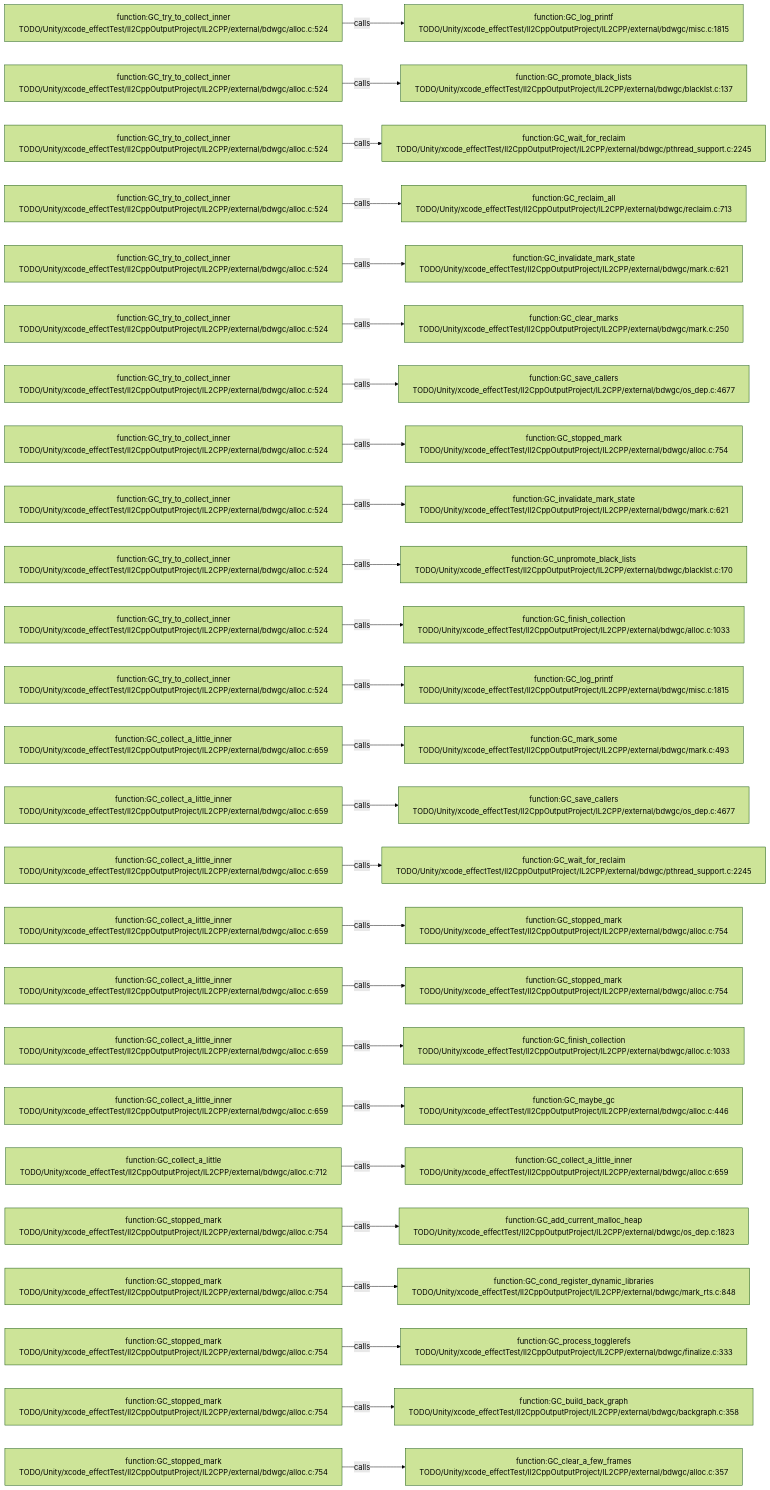
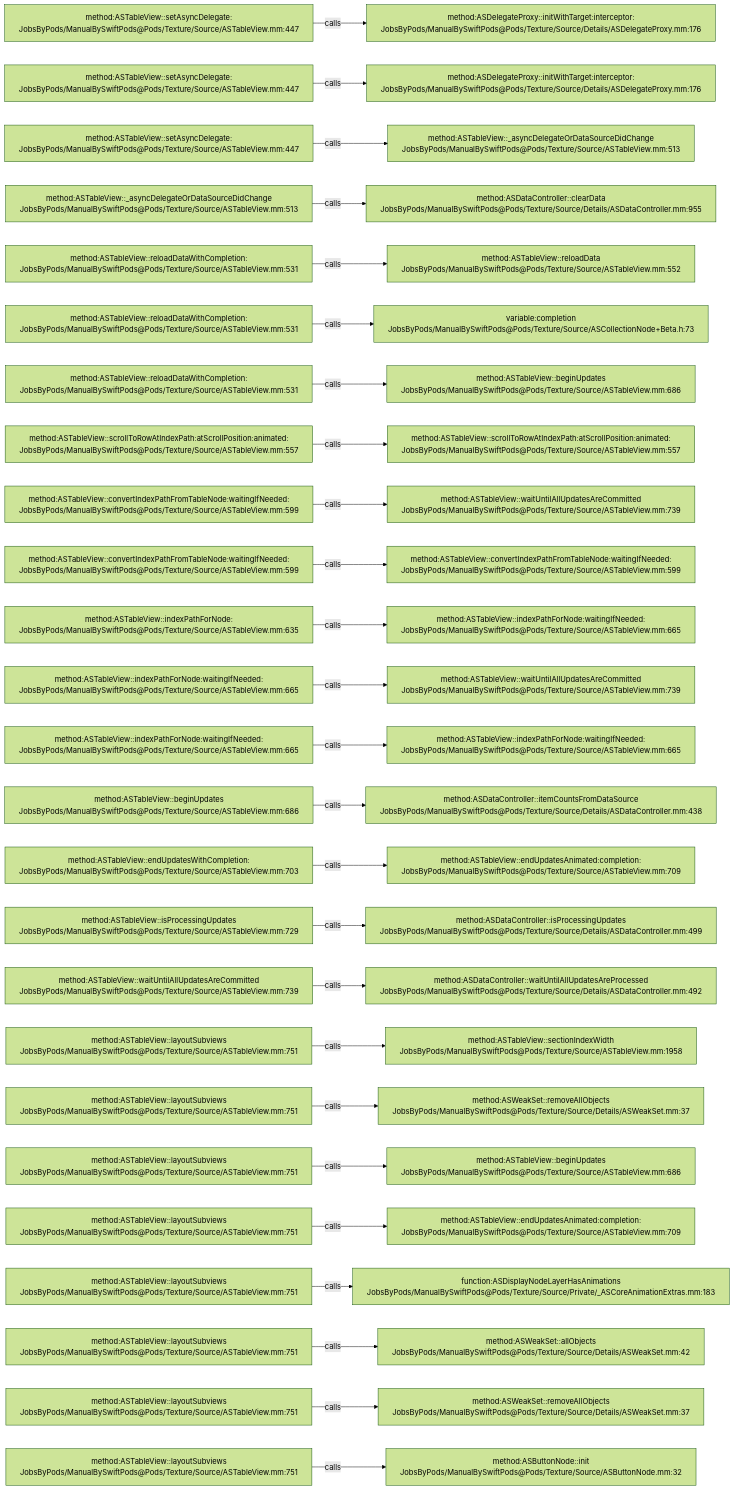
One commit to JobsKits/JobsSwiftBaseConfigDemo changed the diagram in .codegraph/codegraph.md/graphs/calls-078.md. Above: the diagram before and after it, drawn with Mermaid (forest theme). The commit also changed 2959 other files, not shown here.

````diff
--- a/.codegraph/codegraph.md/graphs/calls-078.md
+++ b/.codegraph/codegraph.md/graphs/calls-078.md
@@ -13,78 +13,78 @@
 ```mermaid
 flowchart LR
-  S1["function:GC_try_to_collect_inner<br/>TODO/Unity/xcode_effectTest/Il2CppOutputProject/IL2CPP/external/bdwgc/alloc.c:524"]
-  T1["function:GC_log_printf<br/>TODO/Unity/xcode_effectTest/Il2CppOutputProject/IL2CPP/external/bdwgc/misc.c:1815"]
+  S1["method:ASTableView::setAsyncDelegate:<br/>JobsByPods/ManualBySwiftPods@Pods/Texture/Source/ASTableView.mm:447"]
+  T1["method:ASDelegateProxy::initWithTarget:interceptor:<br/>JobsByPods/ManualBySwiftPods@Pods/Texture/Source/Details/ASDelegateProxy.mm:176"]
   S1 -->|calls| T1
-  S2["function:GC_try_to_collect_inner<br/>TODO/Unity/xcode_effectTest/Il2CppOutputProject/IL2CPP/external/bdwgc/alloc.c:524"]
-  T2["function:GC_promote_black_lists<br/>TODO/Unity/xcode_effectTest/Il2CppOutputProject/IL2CPP/external/bdwgc/blacklst.c:137"]
+  S2["method:ASTableView::setAsyncDelegate:<br/>JobsByPods/ManualBySwiftPods@Pods/Texture/Source/ASTableView.mm:447"]
+  T2["method:ASDelegateProxy::initWithTarget:interceptor:<br/>JobsByPods/ManualBySwiftPods@Pods/Texture/Source/Details/ASDelegateProxy.mm:176"]
   S2 -->|calls| T2
-  S3["function:GC_try_to_collect_inner<br/>TODO/Unity/xcode_effectTest/Il2CppOutputProject/IL2CPP/external/bdwgc/alloc.c:524"]
-  T3["function:GC_wait_for_reclaim<br/>TODO/Unity/xcode_effectTest/Il2CppOutputProject/IL2CPP/external/bdwgc/pthread_support.c:2245"]
+  S3["method:ASTableView::setAsyncDelegate:<br/>JobsByPods/ManualBySwiftPods@Pods/Texture/Source/ASTableView.mm:447"]
+  T3["method:ASTableView::_asyncDelegateOrDataSourceDidChange<br/>JobsByPods/ManualBySwiftPods@Pods/Texture/Source/ASTableView.mm:513"]
   S3 -->|calls| T3
-  S4["function:GC_try_to_collect_inner<br/>TODO/Unity/xcode_effectTest/Il2CppOutputProject/IL2CPP/external/bdwgc/alloc.c:524"]
-  T4["function:GC_reclaim_all<br/>TODO/Unity/xcode_effectTest/Il2CppOutputProject/IL2CPP/external/bdwgc/reclaim.c:713"]
+  S4["method:ASTableView::_asyncDelegateOrDataSourceDidChange<br/>JobsByPods/ManualBySwiftPods@Pods/Texture/Source/ASTableView.mm:513"]
+  T4["method:ASDataController::clearData<br/>JobsByPods/ManualBySwiftPods@Pods/Texture/Source/Details/ASDataController.mm:955"]
   S4 -->|calls| T4
-  S5["function:GC_try_to_collect_inner<br/>TODO/Unity/xcode_effectTest/Il2CppOutputProject/IL2CPP/external/bdwgc/alloc.c:524"]
-  T5["function:GC_invalidate_mark_state<br/>TODO/Unity/xcode_effectTest/Il2CppOutputProject/IL2CPP/external/bdwgc/mark.c:621"]
+  S5["method:ASTableView::reloadDataWithCompletion:<br/>JobsByPods/ManualBySwiftPods@Pods/Texture/Source/ASTableView.mm:531"]
+  T5["method:ASTableView::reloadData<br/>JobsByPods/ManualBySwiftPods@Pods/Texture/Source/ASTableView.mm:552"]
   S5 -->|calls| T5
-  S6["function:GC_try_to_collect_inner<br/>TODO/Unity/xcode_effectTest/Il2CppOutputProject/IL2CPP/external/bdwgc/alloc.c:524"]
-  T6["function:GC_clear_marks<br/>TODO/Unity/xcode_effectTest/Il2CppOutputProject/IL2CPP/external/bdwgc/mark.c:250"]
+  S6["method:ASTableView::reloadDataWithCompletion:<br/>JobsByPods/ManualBySwiftPods@Pods/Texture/Source/ASTableView.mm:531"]
+  T6["variable:completion<br/>JobsByPods/ManualBySwiftPods@Pods/Texture/Source/ASCollectionNode+Beta.h:73"]
   S6 -->|calls| T6
-  S7["function:GC_try_to_collect_inner<br/>TODO/Unity/xcode_effectTest/Il2CppOutputProject/IL2CPP/external/bdwgc/alloc.c:524"]
-  T7["function:GC_save_callers<br/>TODO/Unity/xcode_effectTest/Il2CppOutputProject/IL2CPP/external/bdwgc/os_dep.c:4677"]
+  S7["method:ASTableView::reloadDataWithCompletion:<br/>JobsByPods/ManualBySwiftPods@Pods/Texture/Source/ASTableView.mm:531"]
+  T7["method:ASTableView::beginUpdates<br/>JobsByPods/ManualBySwiftPods@Pods/Texture/Source/ASTableView.mm:686"]
   S7 -->|calls| T7
-  S8["function:GC_try_to_collect_inner<br/>TODO/Unity/xcode_effectTest/Il2CppOutputProject/IL2CPP/external/bdwgc/alloc.c:524"]
-  T8["function:GC_stopped_mark<br/>TODO/Unity/xcode_effectTest/Il2CppOutputProject/IL2CPP/external/bdwgc/alloc.c:754"]
+  S8["method:ASTableView::scrollToRowAtIndexPath:atScrollPosition:animated:<br/>JobsByPods/ManualBySwiftPods@Pods/Texture/Source/ASTableView.mm:557"]
+  T8["method:ASTableView::scrollToRowAtIndexPath:atScrollPosition:animated:<br/>JobsByPods/ManualBySwiftPods@Pods/Texture/Source/ASTableView.mm:557"]
   S8 -->|calls| T8
-  S9["function:GC_try_to_collect_inner<br/>TODO/Unity/xcode_effectTest/Il2CppOutputProject/IL2CPP/external/bdwgc/alloc.c:524"]
-  T9["function:GC_invalidate_mark_state<br/>TODO/Unity/xcode_effectTest/Il2CppOutputProject/IL2CPP/external/bdwgc/mark.c:621"]
+  S9["method:ASTableView::convertIndexPathFromTableNode:waitingIfNeeded:<br/>JobsByPods/ManualBySwiftPods@Pods/Texture/Source/ASTableView.mm:599"]
+  T9["method:ASTableView::waitUntilAllUpdatesAreCommitted<br/>JobsByPods/ManualBySwiftPods@Pods/Texture/Source/ASTableView.mm:739"]
   S9 -->|calls| T9
-  S10["function:GC_try_to_collect_inner<br/>TODO/Unity/xcode_effectTest/Il2CppOutputProject/IL2CPP/external/bdwgc/alloc.c:524"]
-  T10["function:GC_unpromote_black_lists<br/>TODO/Unity/xcode_effectTest/Il2CppOutputProject/IL2CPP/external/bdwgc/blacklst.c:170"]
+  S10["method:ASTableView::convertIndexPathFromTableNode:waitingIfNeeded:<br/>JobsByPods/ManualBySwiftPods@Pods/Texture/Source/ASTableView.mm:599"]
+  T10["method:ASTableView::convertIndexPathFromTableNode:waitingIfNeeded:<br/>JobsByPods/ManualBySwiftPods@Pods/Texture/Source/ASTableView.mm:599"]
   S10 -->|calls| T10
-  S11["function:GC_try_to_collect_inner<br/>TODO/Unity/xcode_effectTest/Il2CppOutputProject/IL2CPP/external/bdwgc/alloc.c:524"]
-  T11["function:GC_finish_collection<br/>TODO/Unity/xcode_effectTest/Il2CppOutputProject/IL2CPP/external/bdwgc/alloc.c:1033"]
+  S11["method:ASTableView::indexPathForNode:<br/>JobsByPods/ManualBySwiftPods@Pods/Texture/Source/ASTableView.mm:635"]
+  T11["method:ASTableView::indexPathForNode:waitingIfNeeded:<br/>JobsByPods/ManualBySwiftPods@Pods/Texture/Source/ASTableView.mm:665"]
   S11 -->|calls| T11
-  S12["function:GC_try_to_collect_inner<br/>TODO/Unity/xcode_effectTest/Il2CppOutputProject/IL2CPP/external/bdwgc/alloc.c:524"]
-  T12["function:GC_log_printf<br/>TODO/Unity/xcode_effectTest/Il2CppOutputProject/IL2CPP/external/bdwgc/misc.c:1815"]
+  S12["method:ASTableView::indexPathForNode:waitingIfNeeded:<br/>JobsByPods/ManualBySwiftPods@Pods/Texture/Source/ASTableView.mm:665"]
+  T12["method:ASTableView::waitUntilAllUpdatesAreCommitted<br/>JobsByPods/ManualBySwiftPods@Pods/Texture/Source/ASTableView.mm:739"]
   S12 -->|calls| T12
-  S13["function:GC_collect_a_little_inner<br/>TODO/Unity/xcode_effectTest/Il2CppOutputProject/IL2CPP/external/bdwgc/alloc.c:659"]
-  T13["function:GC_mark_some<br/>TODO/Unity/xcode_effectTest/Il2CppOutputProject/IL2CPP/external/bdwgc/mark.c:493"]
+  S13["method:ASTableView::indexPathForNode:waitingIfNeeded:<br/>JobsByPods/ManualBySwiftPods@Pods/Texture/Source/ASTableView.mm:665"]
+  T13["method:ASTableView::indexPathForNode:waitingIfNeeded:<br/>JobsByPods/ManualBySwiftPods@Pods/Texture/Source/ASTableView.mm:665"]
   S13 -->|calls| T13
-  S14["function:GC_collect_a_little_inner<br/>TODO/Unity/xcode_effectTest/Il2CppOutputProject/IL2CPP/external/bdwgc/alloc.c:659"]
-  T14["function:GC_save_callers<br/>TODO/Unity/xcode_effectTest/Il2CppOutputProject/IL2CPP/external/bdwgc/os_dep.c:4677"]
+  S14["method:ASTableView::beginUpdates<br/>JobsByPods/ManualBySwiftPods@Pods/Texture/Source/ASTableView.mm:686"]
+  T14["method:ASDataController::itemCountsFromDataSource<br/>JobsByPods/ManualBySwiftPods@Pods/Texture/Source/Details/ASDataController.mm:438"]
   S14 -->|calls| T14
-  S15["function:GC_collect_a_little_inner<br/>TODO/Unity/xcode_effectTest/Il2CppOutputProject/IL2CPP/external/bdwgc/alloc.c:659"]
-  T15["function:GC_wait_for_reclaim<br/>TODO/Unity/xcode_effectTest/Il2CppOutputProject/IL2CPP/external/bdwgc/pthread_support.c:2245"]
+  S15["method:ASTableView::endUpdatesWithCompletion:<br/>JobsByPods/ManualBySwiftPods@Pods/Texture/Source/ASTableView.mm:703"]
+  T15["method:ASTableView::endUpdatesAnimated:completion:<br/>JobsByPods/ManualBySwiftPods@Pods/Texture/Source/ASTableView.mm:709"]
   S15 -->|calls| T15
-  S16["function:GC_collect_a_little_inner<br/>TODO/Unity/xcode_effectTest/Il2CppOutputProject/IL2CPP/external/bdwgc/alloc.c:659"]
-  T16["function:GC_stopped_mark<br/>TODO/Unity/xcode_effectTest/Il2CppOutputProject/IL2CPP/external/bdwgc/alloc.c:754"]
+  S16["method:ASTableView::isProcessingUpdates<br/>JobsByPods/ManualBySwiftPods@Pods/Texture/Source/ASTableView.mm:729"]
+  T16["method:ASDataController::isProcessingUpdates<br/>JobsByPods/ManualBySwiftPods@Pods/Texture/Source/Details/ASDataController.mm:499"]
   S16 -->|calls| T16
-  S17["function:GC_collect_a_little_inner<br/>TODO/Unity/xcode_effectTest/Il2CppOutputProject/IL2CPP/external/bdwgc/alloc.c:659"]
-  T17["function:GC_stopped_mark<br/>TODO/Unity/xcode_effectTest/Il2CppOutputProject/IL2CPP/external/bdwgc/alloc.c:754"]
+  S17["method:ASTableView::waitUntilAllUpdatesAreCommitted<br/>JobsByPods/ManualBySwiftPods@Pods/Texture/Source/ASTableView.mm:739"]
+  T17["method:ASDataController::waitUntilAllUpdatesAreProcessed<br/>JobsByPods/ManualBySwiftPods@Pods/Texture/Source/Details/ASDataController.mm:492"]
   S17 -->|calls| T17
-  S18["function:GC_collect_a_little_inner<br/>TODO/Unity/xcode_effectTest/Il2CppOutputProject/IL2CPP/external/bdwgc/alloc.c:659"]
-  T18["function:GC_finish_collection<br/>TODO/Unity/xcode_effectTest/Il2CppOutputProject/IL2CPP/external/bdwgc/alloc.c:1033"]
+  S18["method:ASTableView::layoutSubviews<br/>JobsByPods/ManualBySwiftPods@Pods/Texture/Source/ASTableView.mm:751"]
+  T18["method:ASTableView::sectionIndexWidth<br/>JobsByPods/ManualBySwiftPods@Pods/Texture/Source/ASTableView.mm:1958"]
   S18 -->|calls| T18
-  S19["function:GC_collect_a_little_inner<br/>TODO/Unity/xcode_effectTest/Il2CppOutputProject/IL2CPP/external/bdwgc/alloc.c:659"]
-  T19["function:GC_maybe_gc<br/>TODO/Unity/xcode_effectTest/Il2CppOutputProject/IL2CPP/external/bdwgc/alloc.c:446"]
+  S19["method:ASTableView::layoutSubviews<br/>JobsByPods/ManualBySwiftPods@Pods/Texture/Source/ASTableView.mm:751"]
+  T19["method:ASWeakSet::removeAllObjects<br/>JobsByPods/ManualBySwiftPods@Pods/Texture/Source/Details/ASWeakSet.mm:37"]
   S19 -->|calls| T19
-  S20["function:GC_collect_a_little<br/>TODO/Unity/xcode_effectTest/Il2CppOutputProject/IL2CPP/external/bdwgc/alloc.c:712"]
-  T20["function:GC_collect_a_little_inner<br/>TODO/Unity/xcode_effectTest/Il2CppOutputProject/IL2CPP/external/bdwgc/alloc.c:659"]
+  S20["method:ASTableView::layoutSubviews<br/>JobsByPods/ManualBySwiftPods@Pods/Texture/Source/ASTableView.mm:751"]
+  T20["method:ASTableView::beginUpdates<br/>JobsByPods/ManualBySwiftPods@Pods/Texture/Source/ASTableView.mm:686"]
   S20 -->|calls| T20
-  S21["function:GC_stopped_mark<br/>TODO/Unity/xcode_effectTest/Il2CppOutputProject/IL2CPP/external/bdwgc/alloc.c:754"]
-  T21["function:GC_add_current_malloc_heap<br/>TODO/Unity/xcode_effectTest/Il2CppOutputProject/IL2CPP/external/bdwgc/os_dep.c:1823"]
+  S21["method:ASTableView::layoutSubviews<br/>JobsByPods/ManualBySwiftPods@Pods/Texture/Source/ASTableView.mm:751"]
+  T21["method:ASTableView::endUpdatesAnimated:completion:<br/>JobsByPods/ManualBySwiftPods@Pods/Texture/Source/ASTableView.mm:709"]
   S21 -->|calls| T21
-  S22["function:GC_stopped_mark<br/>TODO/Unity/xcode_effectTest/Il2CppOutputProject/IL2CPP/external/bdwgc/alloc.c:754"]
-  T22["function:GC_cond_register_dynamic_libraries<br/>TODO/Unity/xcode_effectTest/Il2CppOutputProject/IL2CPP/external/bdwgc/mark_rts.c:848"]
+  S22["method:ASTableView::layoutSubviews<br/>JobsByPods/ManualBySwiftPods@Pods/Texture/Source/ASTableView.mm:751"]
+  T22["function:ASDisplayNodeLayerHasAnimations<br/>JobsByPods/ManualBySwiftPods@Pods/Texture/Source/Private/_ASCoreAnimationExtras.mm:183"]
   S22 -->|calls| T22
-  S23["function:GC_stopped_mark<br/>TODO/Unity/xcode_effectTest/Il2CppOutputProject/IL2CPP/external/bdwgc/alloc.c:754"]
-  T23["function:GC_process_togglerefs<br/>TODO/Unity/xcode_effectTest/Il2CppOutputProject/IL2CPP/external/bdwgc/finalize.c:333"]
+  S23["method:ASTableView::layoutSubviews<br/>JobsByPods/ManualBySwiftPods@Pods/Texture/Source/ASTableView.mm:751"]
+  T23["method:ASWeakSet::allObjects<br/>JobsByPods/ManualBySwiftPods@Pods/Texture/Source/Details/ASWeakSet.mm:42"]
   S23 -->|calls| T23
-  S24["function:GC_stopped_mark<br/>TODO/Unity/xcode_effectTest/Il2CppOutputProject/IL2CPP/external/bdwgc/alloc.c:754"]
-  T24["function:GC_build_back_graph<br/>TODO/Unity/xcode_effectTest/Il2CppOutputProject/IL2CPP/external/bdwgc/backgraph.c:358"]
+  S24["method:ASTableView::layoutSubviews<br/>JobsByPods/ManualBySwiftPods@Pods/Texture/Source/ASTableView.mm:751"]
+  T24["method:ASWeakSet::removeAllObjects<br/>JobsByPods/ManualBySwiftPods@Pods/Texture/Source/Details/ASWeakSet.mm:37"]
   S24 -->|calls| T24
-  S25["function:GC_stopped_mark<br/>TODO/Unity/xcode_effectTest/Il2CppOutputProject/IL2CPP/external/bdwgc/alloc.c:754"]
-  T25["function:GC_clear_a_few_frames<br/>TODO/Unity/xcode_effectTest/Il2CppOutputProject/IL2CPP/external/bdwgc/alloc.c:357"]
+  S25["method:ASTableView::layoutSubviews<br/>JobsByPods/ManualBySwiftPods@Pods/Texture/Source/ASTableView.mm:751"]
+  T25["method:ASButtonNode::init<br/>JobsByPods/ManualBySwiftPods@Pods/Texture/Source/ASButtonNode.mm:32"]
   S25 -->|calls| T25
 ```
````
